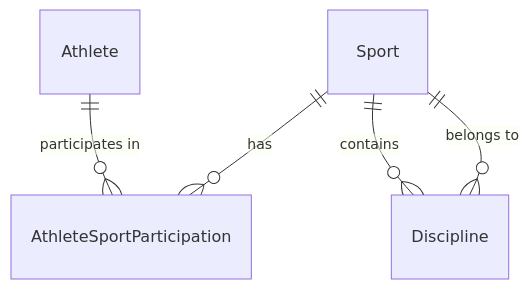
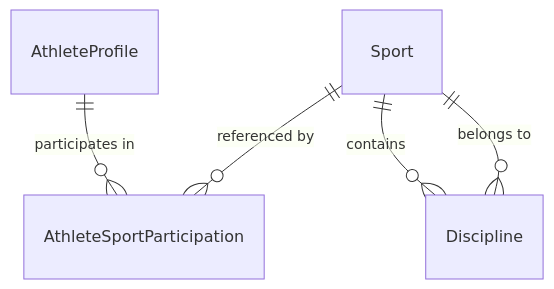
The diagram in docs/architecture/sports-model.md (njaglobal/SportsOS), drawn with Mermaid before and after one commit. The commit also changed other lines of this file and 41 other files, not shown here.

````diff
--- a/docs/architecture/sports-model.md
+++ b/docs/architecture/sports-model.md
@@ -51,7 +60,7 @@
 ```mermaid
 erDiagram
-  Athlete ||--o{ AthleteSportParticipation : "participates in"
-  Sport ||--o{ AthleteSportParticipation : "has"
+  AthleteProfile ||--o{ AthleteSportParticipation : "participates in"
+  Sport ||--o{ AthleteSportParticipation : "referenced by"
   Sport ||--o{ Discipline : "contains"
   Discipline }o--|| Sport : "belongs to"
 ```
````
